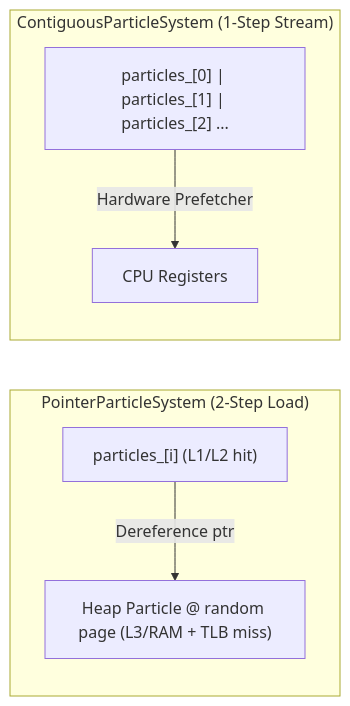
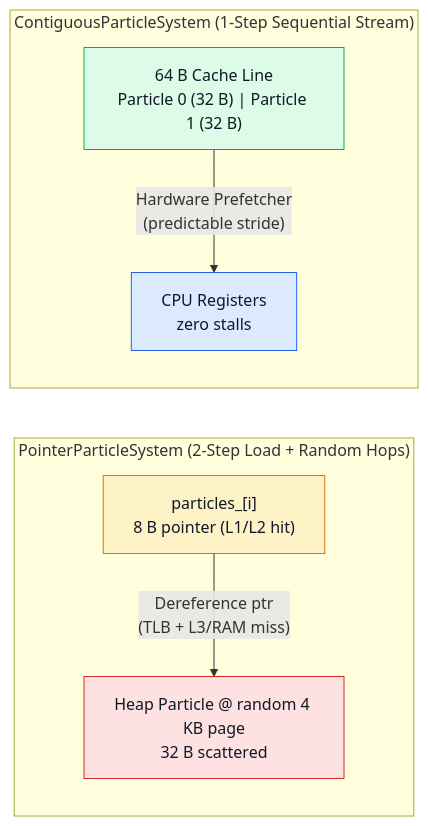
The diagram in lessons/ContiguousObjects/Tutorial/en.md (LevyArsOS/cpp-lessons), drawn with Mermaid before and after one commit. The commit also changed other lines of this file and 9 other files, not shown here.

First line of the commit message:
docs(tutorials): upgrade Mermaid diagrams and clarify systems jargon

````diff
--- a/lessons/ContiguousObjects/Tutorial/en.md
+++ b/lessons/ContiguousObjects/Tutorial/en.md
@@ -41,9 +41,14 @@
 ```mermaid
 flowchart LR
-    subgraph Scattered["PointerParticleSystem (2-Step Load)"]
-        V["particles_[i] (L1/L2 hit)"] -->|"Dereference ptr"| H["Heap Particle @ random page (L3/RAM + TLB miss)"]
+    classDef slow fill:#fee2e2,stroke:#dc2626,color:#111827
+    classDef fast fill:#dcfce7,stroke:#16a34a,color:#111827
+    classDef cpu fill:#dbeafe,stroke:#2563eb,color:#111827
+    classDef warn fill:#fef3c7,stroke:#d97706,color:#111827
+
+    subgraph Scattered["PointerParticleSystem (2-Step Load + Random Hops)"]
+        V["particles_[i]<br/>8 B pointer (L1/L2 hit)"]:::warn -->|"Dereference ptr<br/>(TLB + L3/RAM miss)"| H["Heap Particle @ random 4 KB page<br/>32 B scattered"]:::slow
     end
-    subgraph Flat["ContiguousParticleSystem (1-Step Stream)"]
-        C["particles_[0] | particles_[1] | particles_[2] ..."] -->|"Hardware Prefetcher"| CPU["CPU Registers"]
+    subgraph Flat["ContiguousParticleSystem (1-Step Sequential Stream)"]
+        C["64 B Cache Line<br/>Particle 0 (32 B) | Particle 1 (32 B)"]:::fast -->|"Hardware Prefetcher<br/>(predictable stride)"| CPU["CPU Registers<br/>zero stalls"]:::cpu
     end
 ```
````
